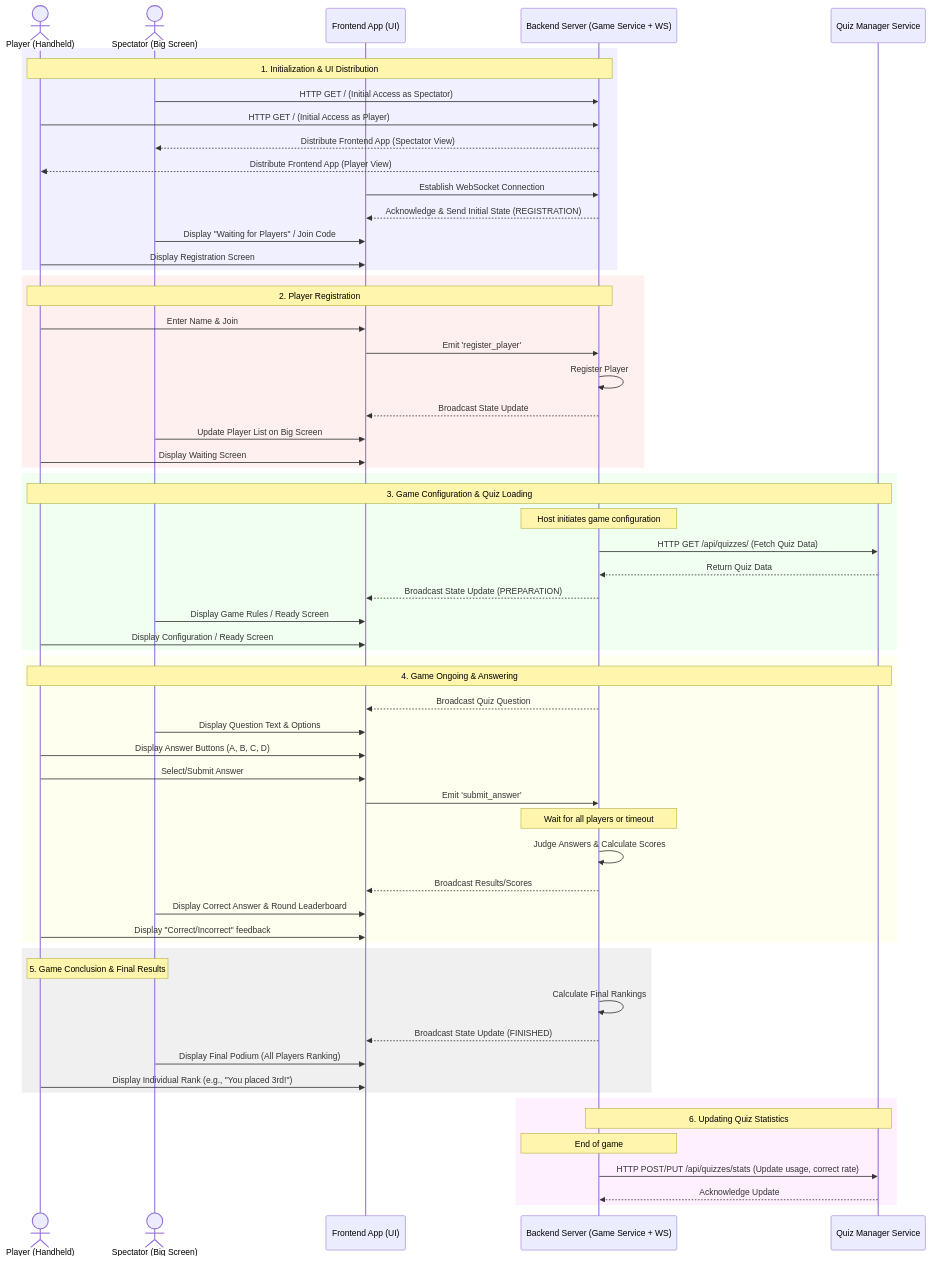
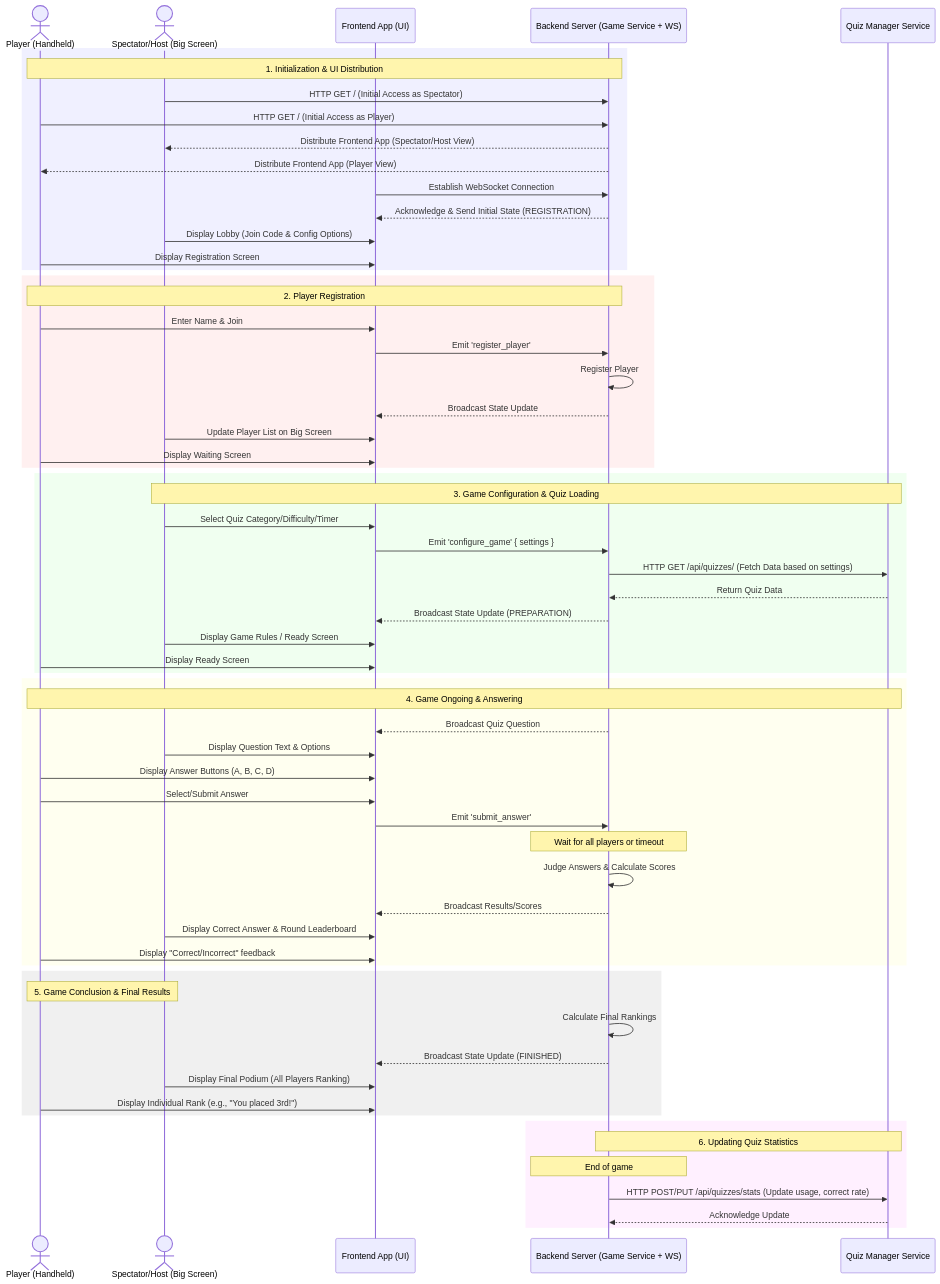
Before and after one commit to sayanote/quiz-master: the diagram in docs/backend_sequence.md, drawn with Mermaid. The commit also changed other lines of this file, not shown here.

Commit message:
Modify: add configuration message

````diff
--- a/docs/backend_sequence.md
+++ b/docs/backend_sequence.md
@@ -7,77 +7,78 @@
 ```mermaid
 sequenceDiagram
     actor P as Player (Handheld)
-    actor Spec as Spectator (Big Screen)
+    actor Master as Spectator/Host (Big Screen)
     participant F as Frontend App (UI)
     participant B as Backend Server (Game Service + WS)
     participant Q as Quiz Manager Service
 
     %% 1. Initial Access & UI Distribution
     rect rgb(240, 240, 255)
         Note over P, B: 1. Initialization & UI Distribution
-        Spec->>B: HTTP GET / (Initial Access as Spectator)
+        Master->>B: HTTP GET / (Initial Access as Spectator)
         P->>B: HTTP GET / (Initial Access as Player)
-        B-->>Spec: Distribute Frontend App (Spectator View)
+        B-->>Master: Distribute Frontend App (Spectator/Host View)
         B-->>P: Distribute Frontend App (Player View)
         F->>B: Establish WebSocket Connection
         B-->>F: Acknowledge & Send Initial State (REGISTRATION)
-        Spec->>F: Display "Waiting for Players" / Join Code
+        Master->>F: Display Lobby (Join Code & Config Options)
         P->>F: Display Registration Screen
     end
 
     %% 2. Registration Phase
     rect rgb(255, 240, 240)
         Note over P, B: 2. Player Registration
         P->>F: Enter Name & Join
         F->>B: Emit 'register_player'
         B->>B: Register Player
         B-->>F: Broadcast State Update
-        Spec->>F: Update Player List on Big Screen
+        Master->>F: Update Player List on Big Screen
         P->>F: Display Waiting Screen
     end
 
     %% 3. Configuration & Quiz Fetching
     rect rgb(240, 255, 240)
-        Note over P, Q: 3. Game Configuration & Quiz Loading
-        Note over B: Host initiates game configuration
-        B->>Q: HTTP GET /api/quizzes/ (Fetch Quiz Data)
+        Note over Master, Q: 3. Game Configuration & Quiz Loading
+        Master->>F: Select Quiz Category/Difficulty/Timer
+        F->>B: Emit 'configure_game' { settings }
+        B->>Q: HTTP GET /api/quizzes/ (Fetch Data based on settings)
         Q-->>B: Return Quiz Data
         B-->>F: Broadcast State Update (PREPARATION)
-        Spec->>F: Display Game Rules / Ready Screen
-        P->>F: Display Configuration / Ready Screen
+        Master->>F: Display Game Rules / Ready Screen
+        P->>F: Display Ready Screen
     end
 
     %% 4. Answering Phase (Repeated for each question)
     rect rgb(255, 255, 240)
         Note over P, Q: 4. Game Ongoing & Answering
         B-->>F: Broadcast Quiz Question
-        Spec->>F: Display Question Text & Options
+        Master->>F: Display Question Text & Options
         P->>F: Display Answer Buttons (A, B, C, D)
         
         P->>F: Select/Submit Answer
         F->>B: Emit 'submit_answer'
         
         Note over B: Wait for all players or timeout
         B->>B: Judge Answers & Calculate Scores
         B-->>F: Broadcast Results/Scores
-        Spec->>F: Display Correct Answer & Round Leaderboard
+        Master->>F: Display Correct Answer & Round Leaderboard
         P->>F: Display "Correct/Incorrect" feedback
     end
 
     %% 5. Final Result Phase
     rect rgb(240, 240, 240)
-        Note over P, Spec: 5. Game Conclusion & Final Results
+        Note over P, Master: 5. Game Conclusion & Final Results
         B->>B: Calculate Final Rankings
         B-->>F: Broadcast State Update (FINISHED)
-        Spec->>F: Display Final Podium (All Players Ranking)
+        Master->>F: Display Final Podium (All Players Ranking)
         P->>F: Display Individual Rank (e.g., "You placed 3rd!")
     end
 
     %% 6. Quiz Data Update
     rect rgb(255, 240, 255)
         Note over B, Q: 6. Updating Quiz Statistics
         Note over B: End of game
         B->>Q: HTTP POST/PUT /api/quizzes/stats (Update usage, correct rate)
         Q-->>B: Acknowledge Update
     end
 ```
````
